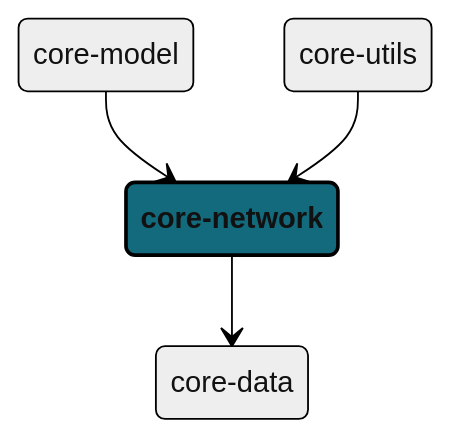
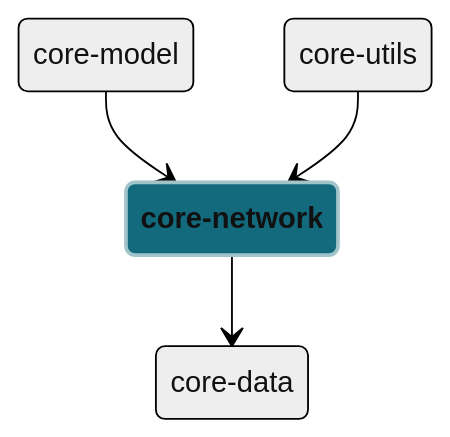
One commit to cambridge-cares/TheWorldAvatar changed the diagram in Apps/SampleApp/core/network/README.md. Above: the diagram before and after it, drawn with Mermaid (neutral theme). The commit also changed 3 other files, not shown here.

Commit message:
1786-android-documentation: Added READMEs for app and core modules, and modify diagrams in others

````diff
--- a/Apps/SampleApp/core/network/README.md
+++ b/Apps/SampleApp/core/network/README.md
@@ -15,13 +15,13 @@
 ```mermaid
     stateDiagram-v2
-        classDef current font-weight:bold,fill:#146a7d,stroke-width:2px
+        classDef current font-weight:bold,fill:#146a7d,stroke-width:2px, stroke:#a1c4cb
 
         cd: core-data
         cm: core-model
         cn: core-network
         cu: core-utils
 
         cm --> cn:::current
         cu --> cn
         cn --> cd
 ```
````
